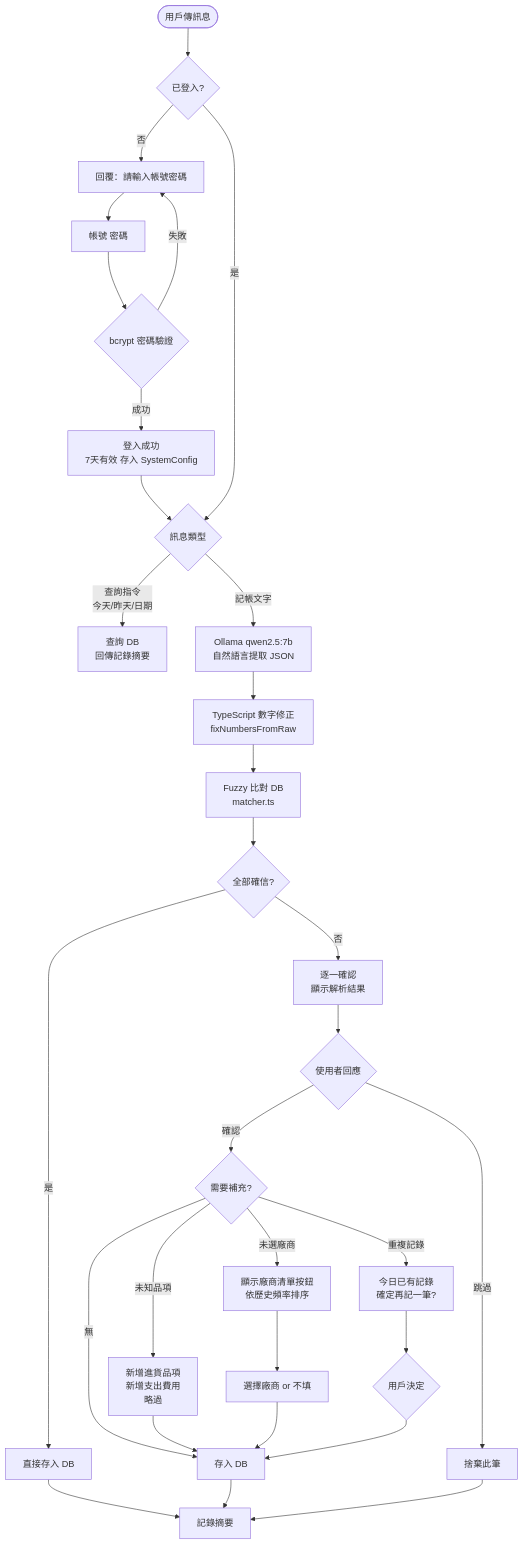
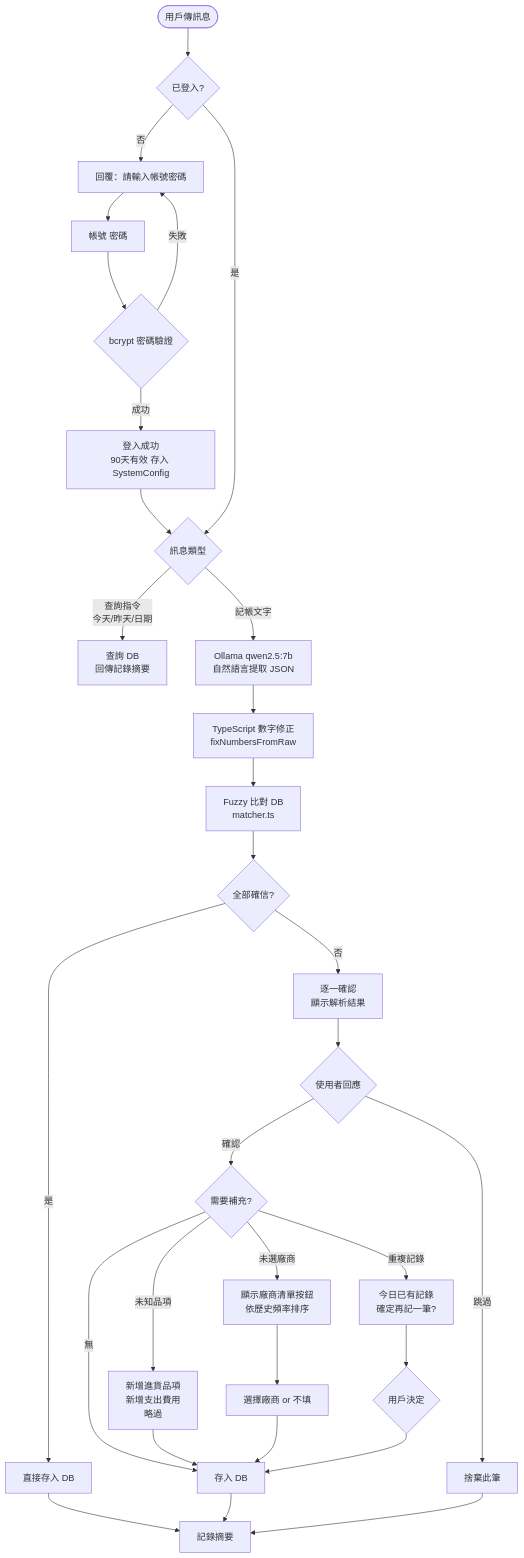
The fourth of 5 diagrams in README.md (hyaochen/market-ledger), drawn with Mermaid before and after one commit. The commit also changed other lines of this file and 21 other files, not shown here.

````diff
--- a/README.md
+++ b/README.md
@@ -138,38 +138,38 @@
 ```mermaid
 flowchart TD
     A([用戶傳訊息]) --> B{已登入?}
     B --否--> C[回覆：請輸入帳號密碼]
     C --> D[帳號 密碼]
     D --> E{bcrypt 密碼驗證}
     E --失敗--> C
-    E --成功--> F[登入成功\n7天有效 存入 SystemConfig]
+    E --成功--> F[登入成功\n90天有效 存入 SystemConfig]
     F --> G
 
     B --是--> G{訊息類型}
     G --查詢指令\n今天/昨天/日期--> H[查詢 DB\n回傳記錄摘要]
     G --記帳文字--> I[Ollama qwen2.5:7b\n自然語言提取 JSON]
 
     I --> J[TypeScript 數字修正\nfixNumbersFromRaw]
     J --> K[Fuzzy 比對 DB\nmatcher.ts]
 
     K --> L{全部確信?}
     L --是--> M[直接存入 DB]
     L --否--> N[逐一確認\n顯示解析結果]
 
     N --> O{使用者回應}
     O --確認--> P{需要補充?}
     O --跳過--> Q[捨棄此筆]
 
     P --未知品項--> R[新增進貨品項\n新增支出費用\n略過]
     P --未選廠商--> S[顯示廠商清單按鈕\n依歷史頻率排序]
     P --重複記錄--> T[今日已有記錄\n確定再記一筆?]
     P --無--> U[存入 DB]
 
     R --> U
     S --> V[選擇廠商 or 不填] --> U
     T --> W{用戶決定} --> U
 
     M --> X[記錄摘要]
     U --> X
     Q --> X
 ```
````
